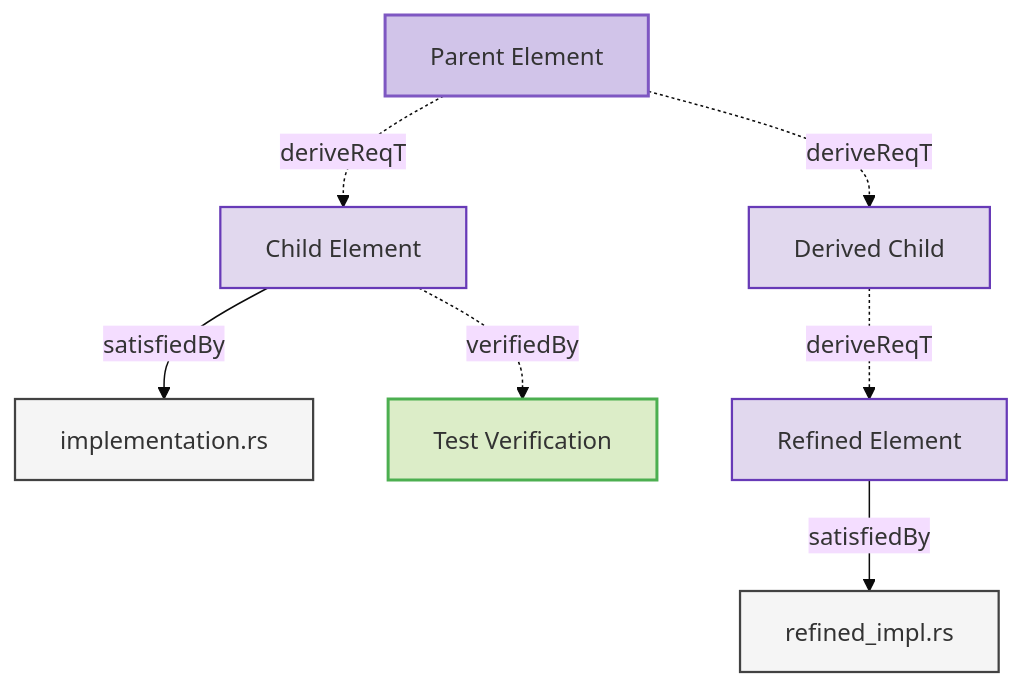
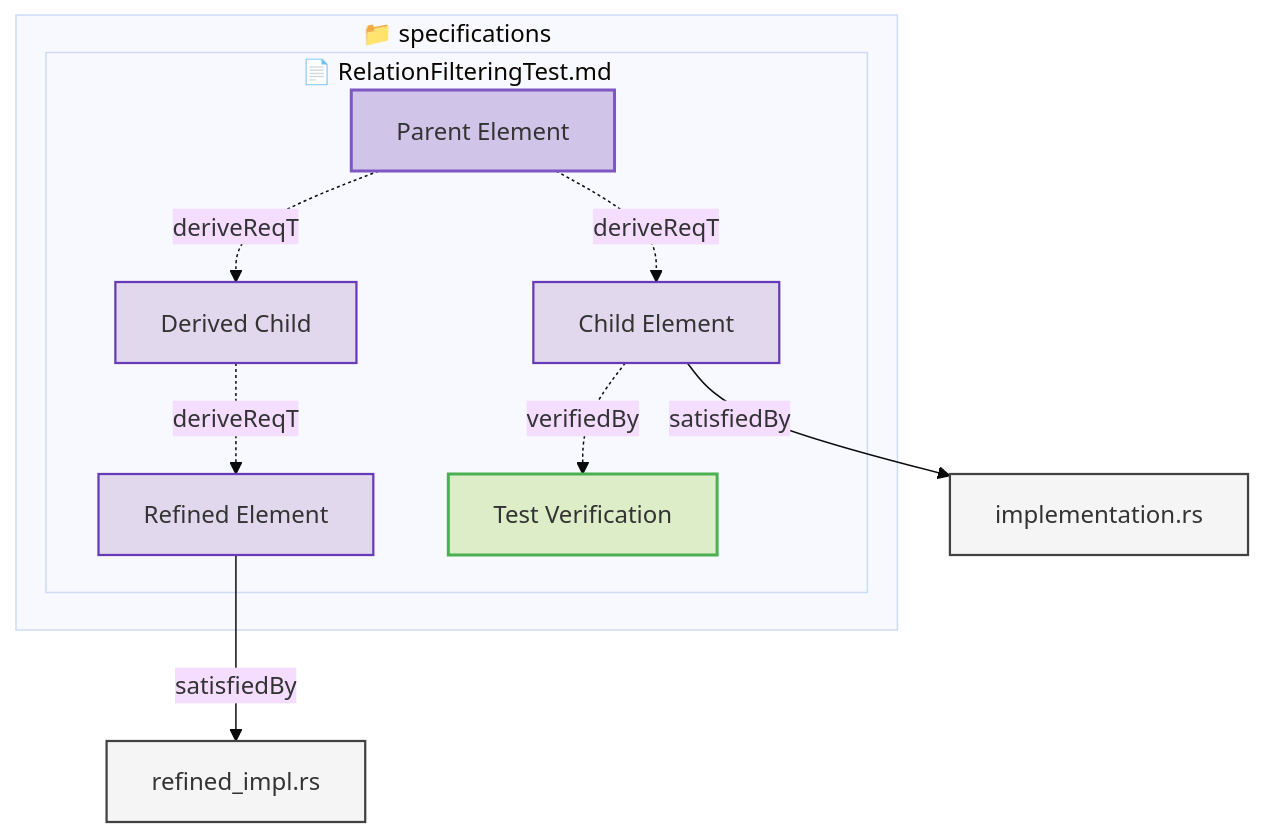
One commit to reqvire-org/reqvire changed the diagram in tests/test-diagram-filtering/expected/RelationFilteringTest.md. Above: the diagram before and after it, drawn with Mermaid (base theme). The commit also changed 16 other files, not shown here.

First line of the commit message:
Add containment structure to all mermaid diagrams

````diff
--- a/tests/test-diagram-filtering/expected/RelationFilteringTest.md
+++ b/tests/test-diagram-filtering/expected/RelationFilteringTest.md
@@ -3,37 +3,43 @@
 ```mermaid
 graph TD;
   %% REQVIRE-AUTOGENERATED-DIAGRAM
   %% Graph styling
   classDef userRequirement fill:#D1C4E9,stroke:#7E57C2,stroke-width:2px;
   classDef systemRequirement fill:#E1D8EE,stroke:#673AB7,stroke-width:1.5px;
   classDef verification fill:#DCEDC8,stroke:#4CAF50,stroke-width:2px;
+  classDef folder fill:#FAFAFA,stroke:#9E9E9E,stroke-width:3px;
+  classDef file fill:#FFF8E1,stroke:#FFCA28,stroke-width:2px;
   classDef default fill:#F5F5F5,stroke:#424242,stroke-width:1.5px;
 
-  b4c1144098c87cfd["Child Element"];
-  class b4c1144098c87cfd systemRequirement;
-  click b4c1144098c87cfd "RelationFilteringTest.md#child-element";
+  subgraph b4c308bac4df6d65["📁 specifications"]
+    subgraph 4196b7086de0398a["📄 RelationFilteringTest.md"]
+      b4c1144098c87cfd["Child Element"];
+      class b4c1144098c87cfd systemRequirement;
+      click b4c1144098c87cfd "RelationFilteringTest.md#child-element";
+      d98145b2ad72dcda["Derived Child"];
+      class d98145b2ad72dcda systemRequirement;
+      click d98145b2ad72dcda "RelationFilteringTest.md#derived-child";
+      4e1cb636ad4ee816["Parent Element"];
+      class 4e1cb636ad4ee816 userRequirement;
+      click 4e1cb636ad4ee816 "RelationFilteringTest.md#parent-element";
+      abf09cce5116921b["Refined Element"];
+      class abf09cce5116921b systemRequirement;
+      click abf09cce5116921b "RelationFilteringTest.md#refined-element";
+      7f34373d0cdbaedb["Test Verification"];
+      class 7f34373d0cdbaedb verification;
+      click 7f34373d0cdbaedb "RelationFilteringTest.md#test-verification";
+    end
+  end
   cc713a8374185e34["implementation.rs"];
   class cc713a8374185e34 default;
   click cc713a8374185e34 "implementation.rs";
   b4c1144098c87cfd -->|satisfiedBy| cc713a8374185e34;
-  7f34373d0cdbaedb["Test Verification"];
-  class 7f34373d0cdbaedb verification;
-  click 7f34373d0cdbaedb "RelationFilteringTest.md#test-verification";
   b4c1144098c87cfd -.->|verifiedBy| 7f34373d0cdbaedb;
-  d98145b2ad72dcda["Derived Child"];
-  class d98145b2ad72dcda systemRequirement;
-  click d98145b2ad72dcda "RelationFilteringTest.md#derived-child";
-  abf09cce5116921b["Refined Element"];
-  class abf09cce5116921b systemRequirement;
-  click abf09cce5116921b "RelationFilteringTest.md#refined-element";
   d98145b2ad72dcda -.->|deriveReqT| abf09cce5116921b;
-  4e1cb636ad4ee816["Parent Element"];
-  class 4e1cb636ad4ee816 userRequirement;
-  click 4e1cb636ad4ee816 "RelationFilteringTest.md#parent-element";
   4e1cb636ad4ee816 -.->|deriveReqT| b4c1144098c87cfd;
   4e1cb636ad4ee816 -.->|deriveReqT| d98145b2ad72dcda;
   6b66956ccd4194af["refined_impl.rs"];
   class 6b66956ccd4194af default;
   click 6b66956ccd4194af "refined_impl.rs";
   abf09cce5116921b -->|satisfiedBy| 6b66956ccd4194af;
 ```
````
